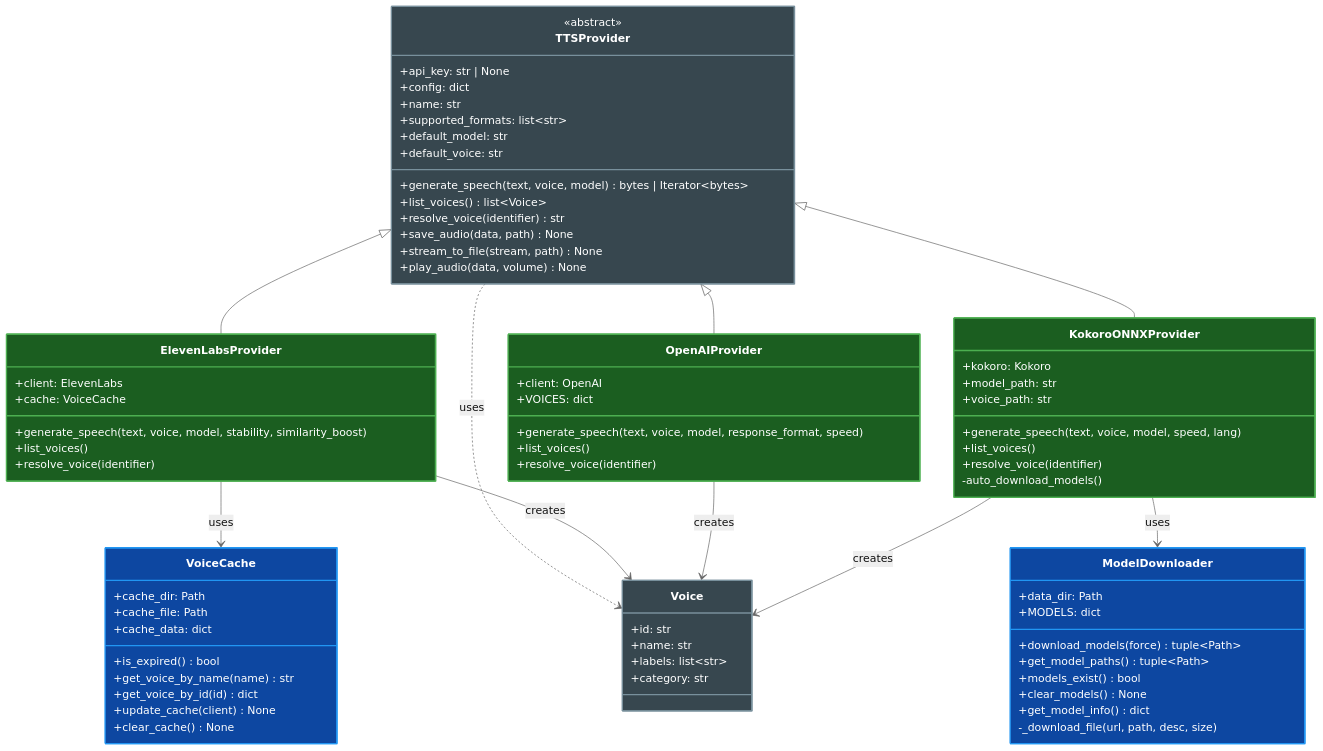
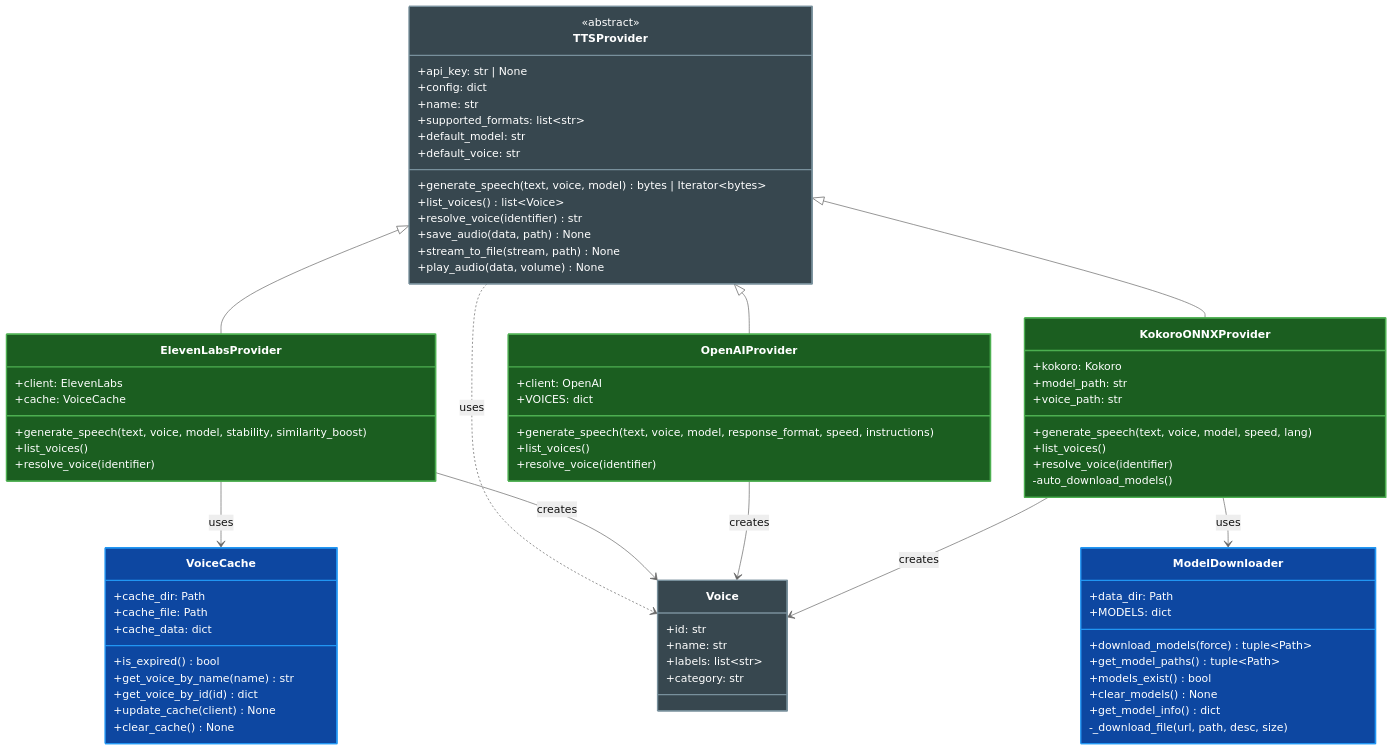
The third of 20 diagrams in docs/ARCHITECTURE.md (paulrobello/par-cli-tts), drawn with Mermaid (neutral theme) before and after one commit. The commit also changed other lines of this file and 4 other files, not shown here.

First line of the commit message:
docs: sync ARCHITECTURE.md with current implementation

```diff
--- a/docs/ARCHITECTURE.md
+++ b/docs/ARCHITECTURE.md
@@ -314,7 +380,7 @@
     class OpenAIProvider {
         +client: OpenAI
         +VOICES: dict
-        +generate_speech(text, voice, model, response_format, speed)
+        +generate_speech(text, voice, model, response_format, speed, instructions)
         +list_voices()
         +resolve_voice(identifier)
     }
```
